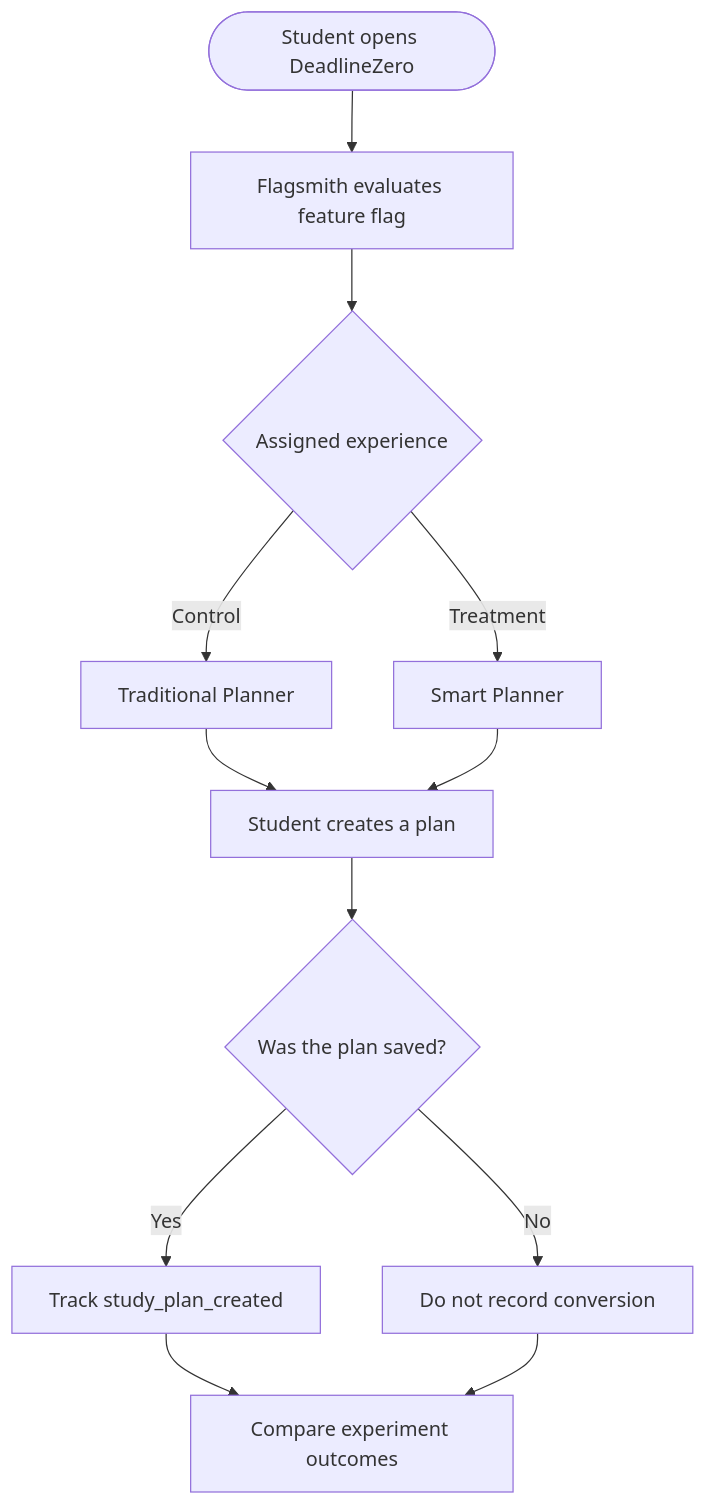
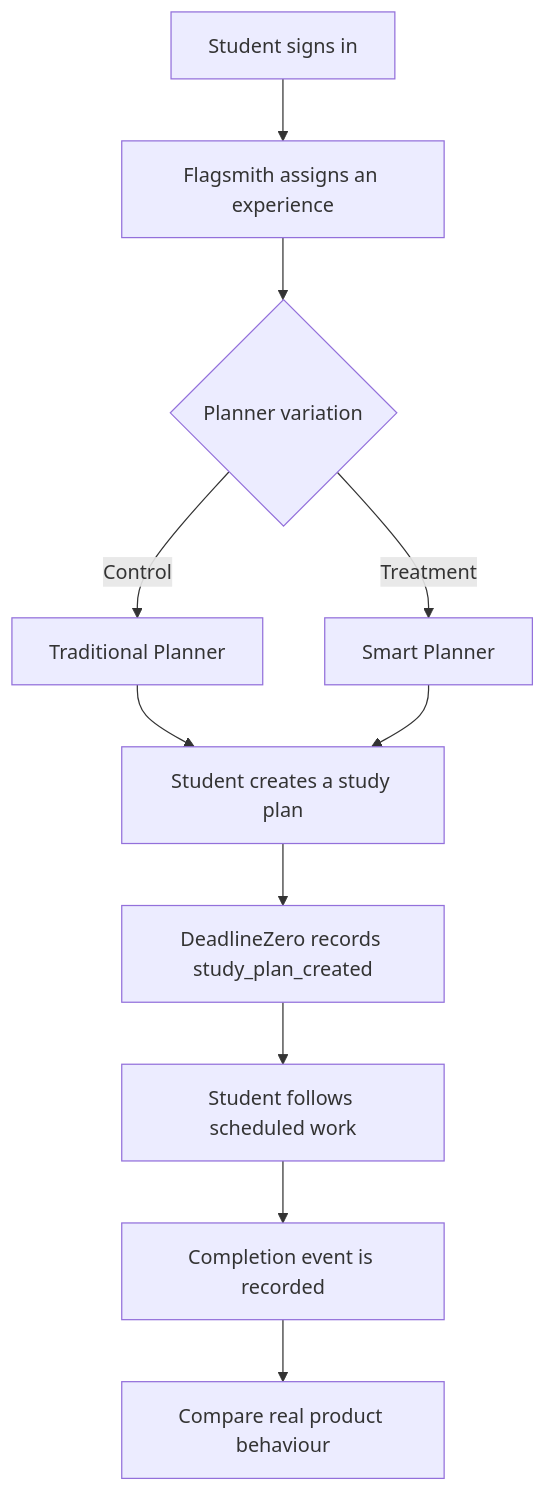
The diagram in README.md (dharmkoshiya74-collab/DeadlineZero), drawn with Mermaid before and after one commit. The commit also changed other lines of this file and 1 other file, not shown here.

Commit message:
Upgrade DeadlineZero README and add brand logo

````diff
--- a/README.md
+++ b/README.md
@@ -81,14 +69,13 @@
 ```mermaid
 flowchart TD
-    A([Student opens DeadlineZero]) --> B[Flagsmith evaluates feature flag]
-    B --> C{Assigned experience}
+    A[Student signs in] --> B[Flagsmith assigns an experience]
+    B --> C{Planner variation}
     C -->|Control| D[Traditional Planner]
     C -->|Treatment| E[Smart Planner]
-    D --> F[Student creates a plan]
+    D --> F[Student creates a study plan]
     E --> F
-    F --> G{Was the plan saved?}
-    G -->|Yes| H[Track study_plan_created]
-    G -->|No| I[Do not record conversion]
-    H --> J[Compare experiment outcomes]
-    I --> J
+    F --> G[DeadlineZero records study_plan_created]
+    G --> H[Student follows scheduled work]
+    H --> I[Completion event is recorded]
+    I --> J[Compare real product behaviour]
 ```
````
